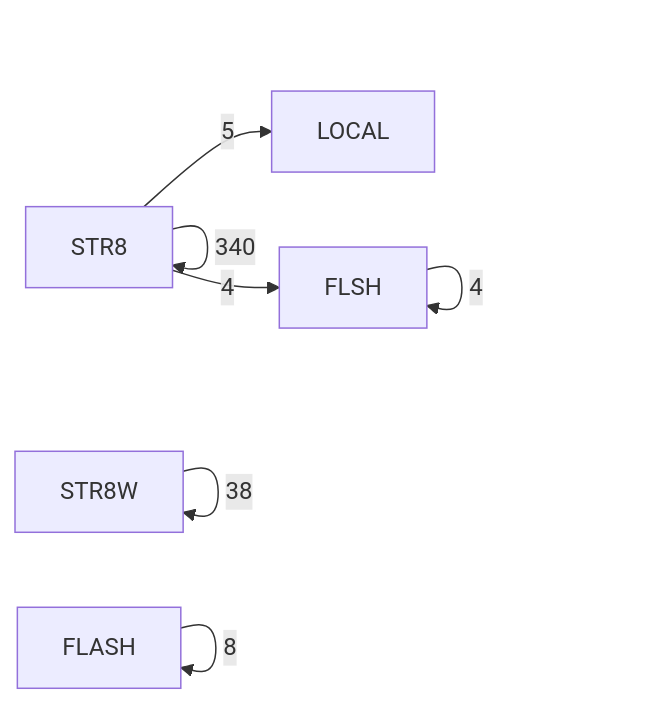
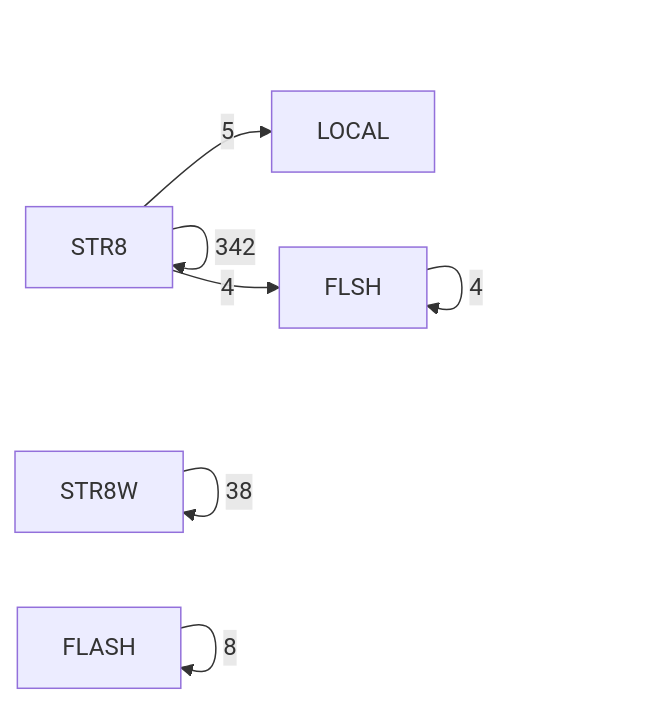
The fifth of 6 diagrams in DOC/GENERATED/ROUTINE_CLASS_DIAGRAM.md (95westus/R-YORS), drawn with Mermaid before and after one commit. The commit also changed other lines of this file and 65 other files, not shown here.

````diff
--- a/DOC/GENERATED/ROUTINE_CLASS_DIAGRAM.md
+++ b/DOC/GENERATED/ROUTINE_CLASS_DIAGRAM.md
@@ -77,9 +77,9 @@
 ```mermaid
 flowchart LR
-    P_STR8[STR8] -->|340| P_STR8[STR8]
+    P_STR8[STR8] -->|342| P_STR8[STR8]
     P_STR8W[STR8W] -->|38| P_STR8W[STR8W]
     P_FLASH[FLASH] -->|8| P_FLASH[FLASH]
     P_STR8[STR8] -->|5| P_LOCAL[LOCAL]
     P_FLSH[FLSH] -->|4| P_FLSH[FLSH]
     P_STR8[STR8] -->|4| P_FLSH[FLSH]
 ```
````
